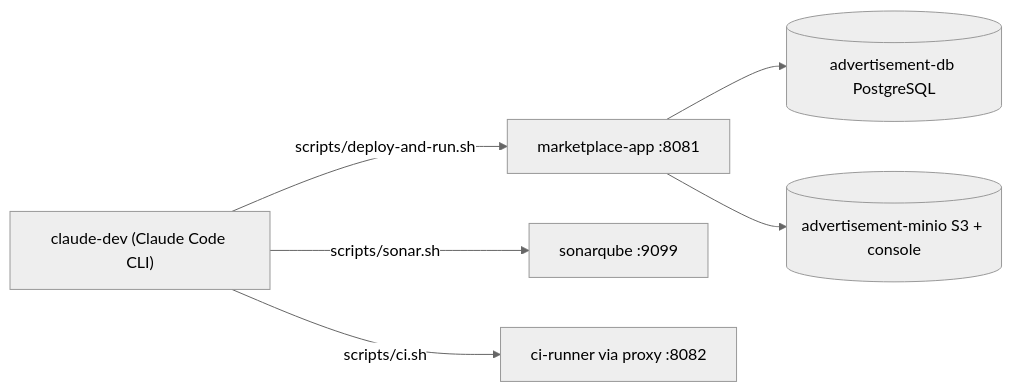
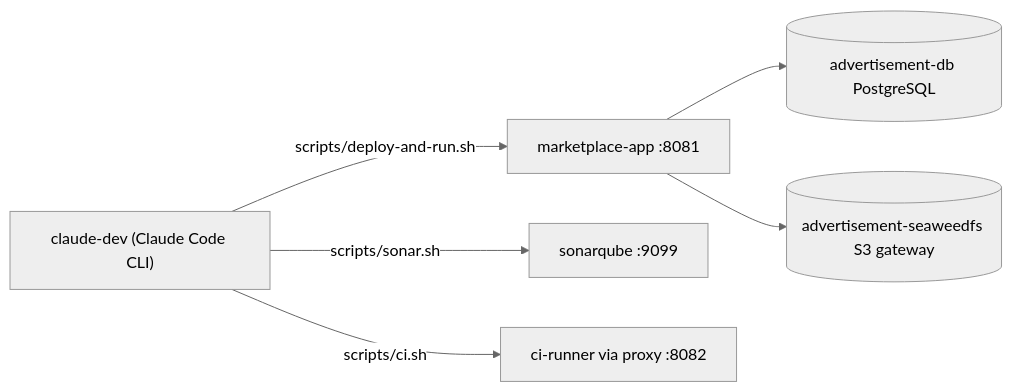
One commit to OstMutant/Advertisement changed the diagram in INFRASTRUCTURE.md. Above: the diagram before and after it, drawn with Mermaid (neutral theme). The commit also changed other lines of this file and 20 other files, not shown here.

First line of the commit message:
feat(improvement-204): MinIO → SeaweedFS local dev/CI storage backend swap

````diff
--- a/INFRASTRUCTURE.md
+++ b/INFRASTRUCTURE.md
@@ -109,9 +109,9 @@
 ```mermaid
 flowchart LR
   Claude["claude-dev (Claude Code CLI)"]
   Claude -->|scripts/deploy-and-run.sh| App["marketplace-app :8081"]
   App --> DB[("advertisement-db PostgreSQL")]
-  App --> MinIO[("advertisement-minio S3 + console")]
+  App --> SeaweedFS[("advertisement-seaweedfs S3 gateway")]
   Claude -->|scripts/sonar.sh| Sonar["sonarqube :9099"]
   Claude -->|scripts/ci.sh| Dagu["ci-runner via proxy :8082"]
 ```
````
